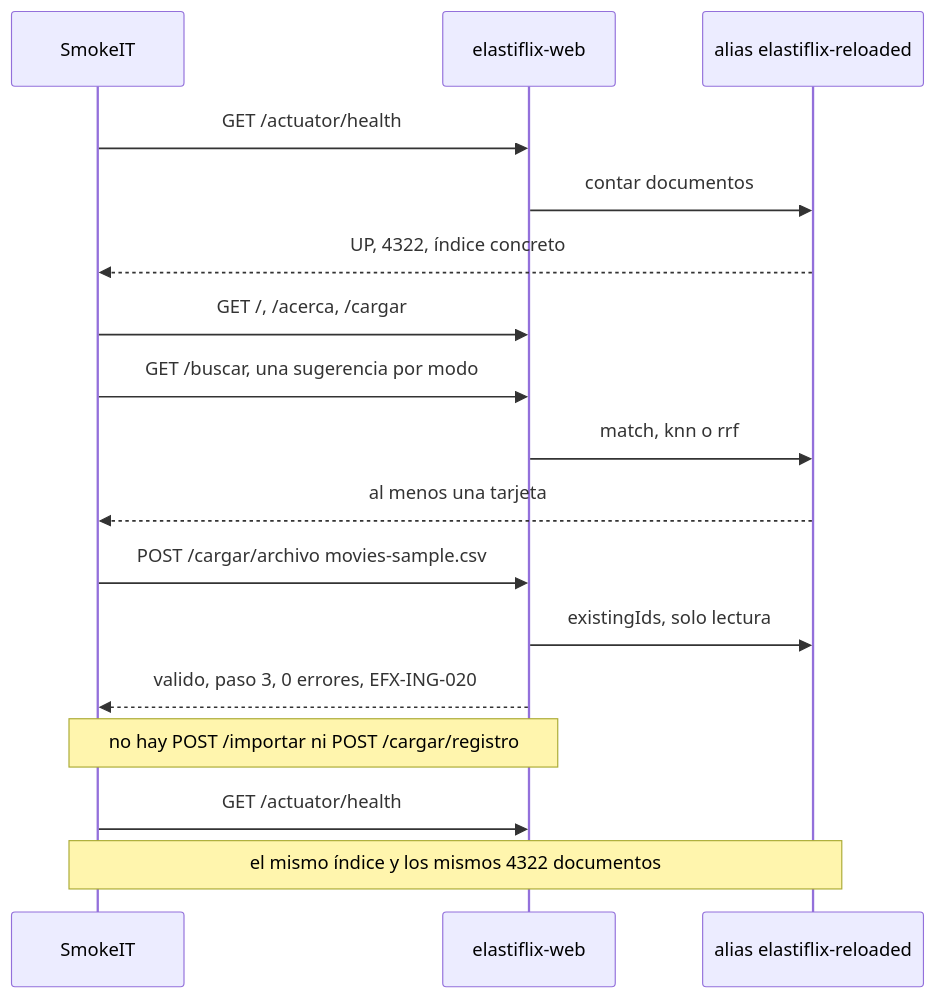
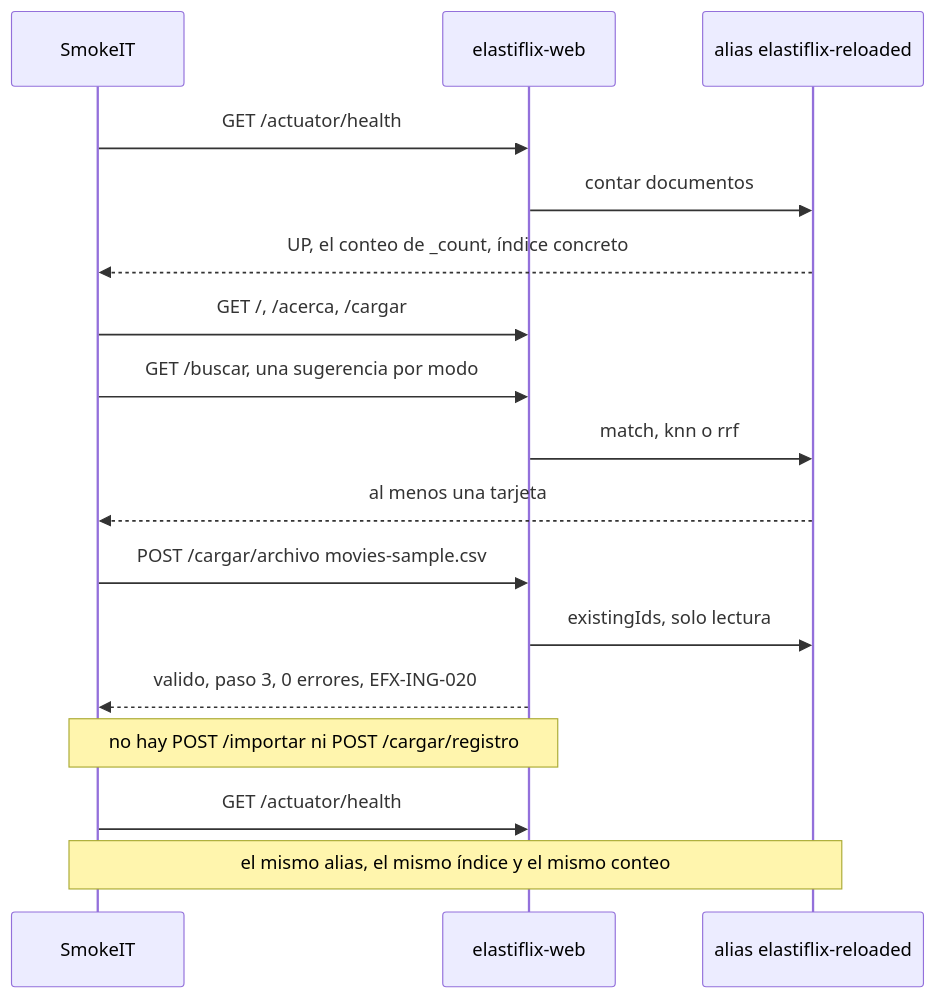
Before and after one commit to bigfito/elastiflix-reloaded: the second of 2 diagrams in docs/diseno/5.md, drawn with Mermaid. The commit also changed other lines of this file and 11 other files, not shown here.

First line of the commit message:
pruebas: el conteo del catálogo se lee con _count

````diff
--- a/docs/diseno/5.md
+++ b/docs/diseno/5.md
@@ -89,19 +89,19 @@
 ```mermaid
 sequenceDiagram
   participant IT as SmokeIT
   participant Web as elastiflix-web
   participant ES as alias elastiflix-reloaded
   IT->>Web: GET /actuator/health
   Web->>ES: contar documentos
-  ES-->>IT: UP, 4322, índice concreto
+  ES-->>IT: UP, el conteo de _count, índice concreto
   IT->>Web: GET /, /acerca, /cargar
   IT->>Web: GET /buscar, una sugerencia por modo
   Web->>ES: match, knn o rrf
   ES-->>IT: al menos una tarjeta
   IT->>Web: POST /cargar/archivo movies-sample.csv
   Web->>ES: existingIds, solo lectura
   Web-->>IT: valido, paso 3, 0 errores, EFX-ING-020
   Note over IT,Web: no hay POST /importar ni POST /cargar/registro
   IT->>Web: GET /actuator/health
-  Note over IT,ES: el mismo índice y los mismos 4322 documentos
+  Note over IT,ES: el mismo alias, el mismo índice y el mismo conteo
 ```
````
